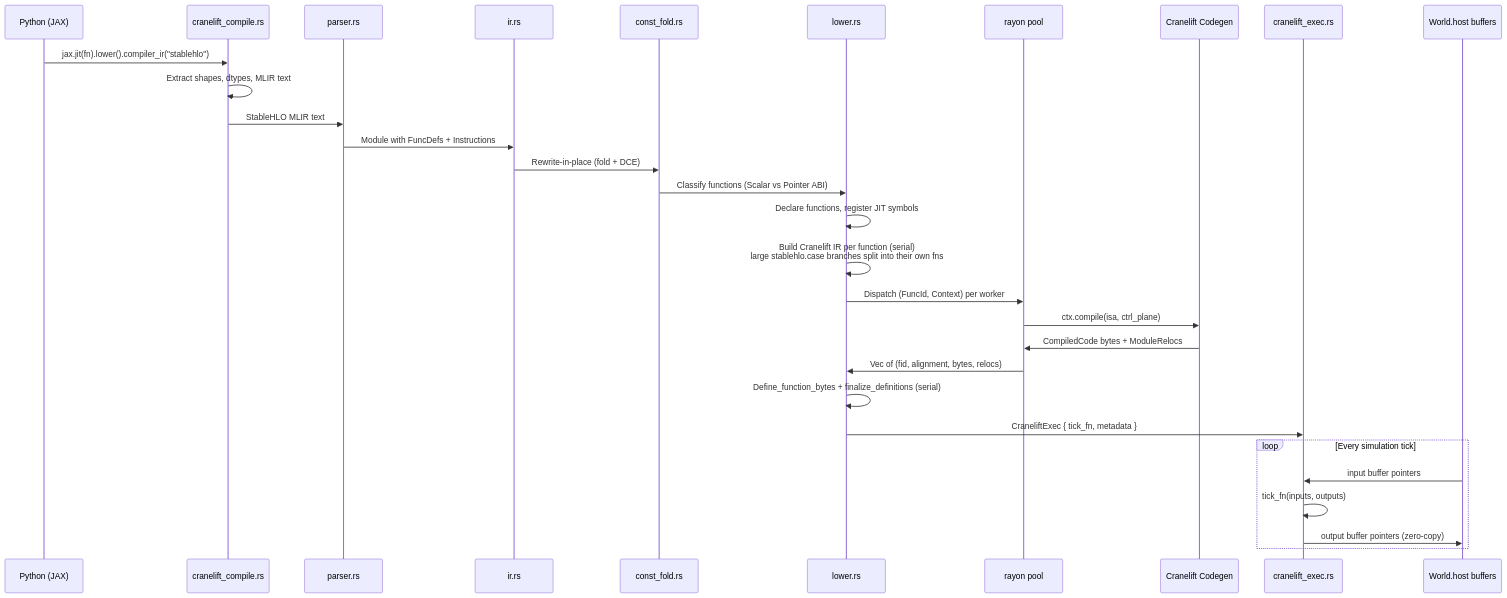
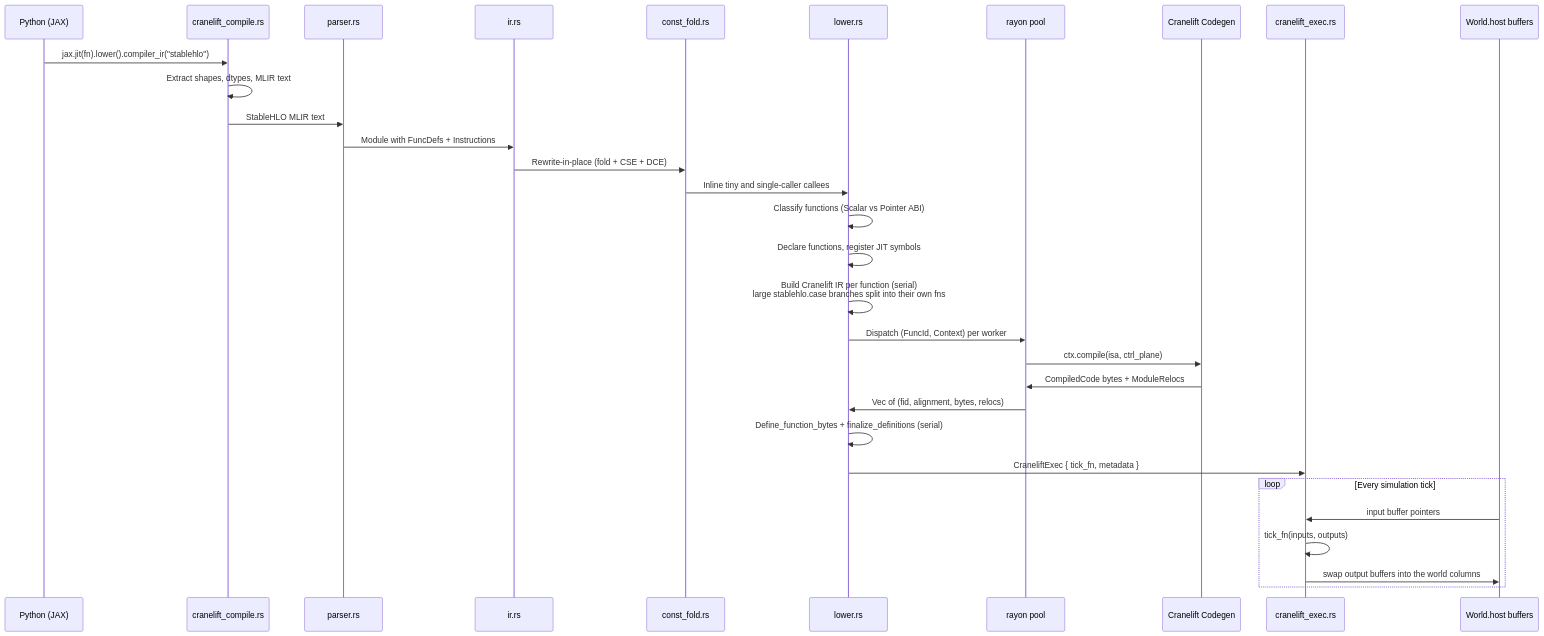
One commit to elodin-sys/elodin changed the first of 4 diagrams in libs/cranelift-mlir/ARCHITECTURE.md. Above: the diagram before and after it, drawn with Mermaid. The commit also changed other lines of this file and 12 other files, not shown here.

````diff
--- a/libs/cranelift-mlir/ARCHITECTURE.md
+++ b/libs/cranelift-mlir/ARCHITECTURE.md
@@ -66,34 +66,35 @@
 ```mermaid
 sequenceDiagram
     participant Python as Python (JAX)
     participant Compile as cranelift_compile.rs
     participant Parser as parser.rs
     participant IR as ir.rs
     participant Fold as const_fold.rs
     participant Lower as lower.rs
     participant Rayon as rayon pool
     participant CL as Cranelift Codegen
     participant Exec as cranelift_exec.rs
     participant World as World.host buffers
 
     Python->>Compile: jax.jit(fn).lower().compiler_ir("stablehlo")
     Compile->>Compile: Extract shapes, dtypes, MLIR text
     Compile->>Parser: StableHLO MLIR text
     Parser->>IR: Module with FuncDefs + Instructions
-    IR->>Fold: Rewrite-in-place (fold + DCE)
-    Fold->>Lower: Classify functions (Scalar vs Pointer ABI)
+    IR->>Fold: Rewrite-in-place (fold + CSE + DCE)
+    Fold->>Lower: Inline tiny and single-caller callees
+    Lower->>Lower: Classify functions (Scalar vs Pointer ABI)
     Lower->>Lower: Declare functions, register JIT symbols
     Lower->>Lower: Build Cranelift IR per function (serial)<br/>large stablehlo.case branches split into their own fns
     Lower->>Rayon: Dispatch (FuncId, Context) per worker
     Rayon->>CL: ctx.compile(isa, ctrl_plane)
     CL->>Rayon: CompiledCode bytes + ModuleRelocs
     Rayon->>Lower: Vec of (fid, alignment, bytes, relocs)
     Lower->>Lower: Define_function_bytes + finalize_definitions (serial)
     Lower->>Exec: CraneliftExec { tick_fn, metadata }
 
     loop Every simulation tick
         World->>Exec: input buffer pointers
         Exec->>Exec: tick_fn(inputs, outputs)
-        Exec->>World: output buffer pointers (zero-copy)
+        Exec->>World: swap output buffers into the world columns
     end
 ```
````
